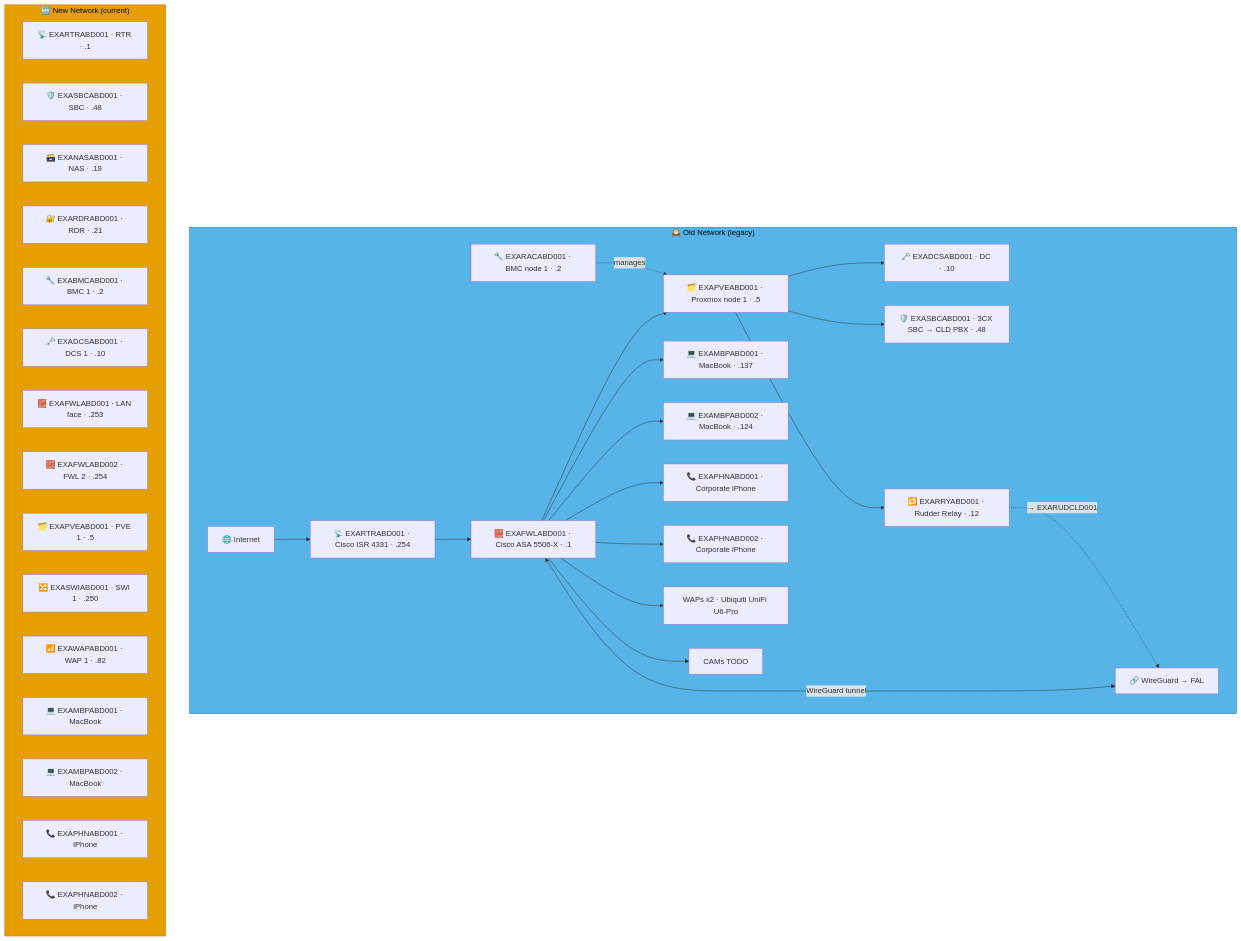
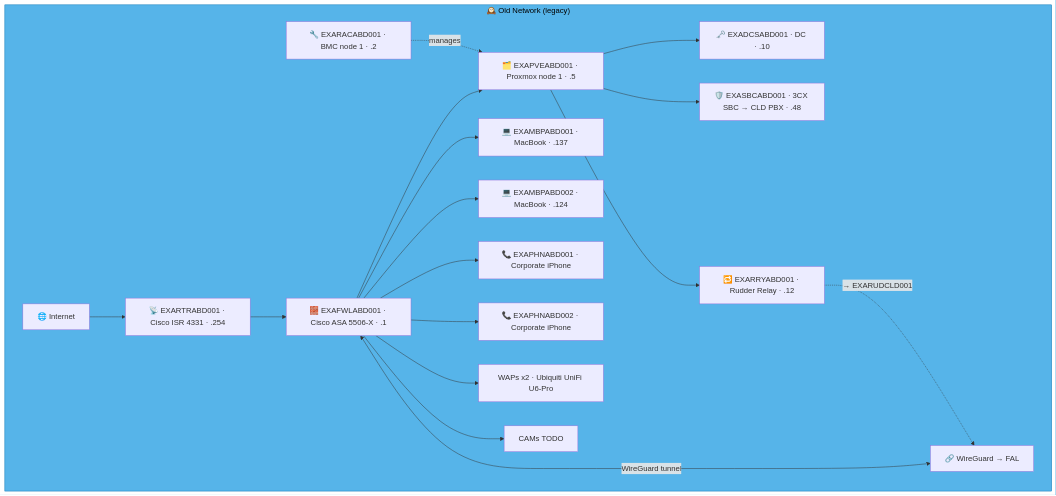
Diagram 13 of 14 in docs/network-diagram/scotland.md (knightmare2600/example_music_infra), drawn with Mermaid before and after one commit. The commit also changed other lines of this file and 35 other files, not shown here.

````diff
--- a/docs/network-diagram/scotland.md
+++ b/docs/network-diagram/scotland.md
@@ -483,50 +588,30 @@
 ```mermaid
 graph TD
     subgraph OLD_ABD ["🕰️ Old Network (legacy)"]
       INET["🌐 Internet"]
       FWL["🧱 EXAFWLABD001 · Cisco ASA 5506-X · .1"]
       RTR["📡 EXARTRABD001 · Cisco ISR 4331 · .254"]
       RAC["🔧 EXARACABD001 · BMC node 1 · .2"]
       PVE["🗂️ EXAPVEABD001 · Proxmox node 1 · .5"]
       DC["🗝️ EXADCSABD001 · DC · .10"]
       SBC["🛡️ EXASBCABD001 · 3CX SBC → CLD PBX · .48"]
       RRY["🔁 EXARRYABD001 · Rudder Relay · .12"]
       MBP1["💻 EXAMBPABD001 · MacBook · .137"]
       MBP2["💻 EXAMBPABD002 · MacBook · .124"]
       PHN1["📞 EXAPHNABD001 · Corporate iPhone"]
       PHN2["📞 EXAPHNABD002 · Corporate iPhone"]
       WAP["WAPs x2 · Ubiquiti UniFi U6-Pro"]
       CAM["CAMs TODO"]
       VPN["🔗 WireGuard → FAL"]
 
       INET --> RTR --> FWL --> PVE
       PVE --> DC & SBC
       RAC -.->|"manages"| PVE
       FWL --> MBP1 & MBP2 & PHN1 & PHN2 & WAP & CAM
       FWL <-->|"WireGuard tunnel"| VPN
 
       PVE --> RRY
       RRY -. "→ EXARUDCLD001" .-> VPN
     end
     style OLD_ABD fill:#56B4E9,stroke:#0072B2,color:#000000
-    %% GENERATED:NEW-NETWORK:ABD:START
-    subgraph NEW_ABD ["🆕 New Network (current)"]
-      N_RTR["📡 EXARTRABD001 · RTR · .1"]
-      N_SBC["🛡️ EXASBCABD001 · SBC · .48"]
-      N_NAS["🗃️ EXANASABD001 · NAS · .19"]
-      N_RDR["🔐 EXARDRABD001 · RDR · .21"]
-      N_BMC["🔧 EXABMCABD001 · BMC 1 · .2"]
-      N_DCS["🗝️ EXADCSABD001 · DCS 1 · .10"]
-      N_FWL["🧱 EXAFWLABD001 · LAN face · .253"]
-      N_FWL2["🧱 EXAFWLABD002 · FWL 2 · .254"]
-      N_PVE["🗂️ EXAPVEABD001 · PVE 1 · .5"]
-      N_SWI["🔀 EXASWIABD001 · SWI 1 · .250"]
-      N_WAP["📶 EXAWAPABD001 · WAP 1 · .82"]
-      N_MBP["💻 EXAMBPABD001 · MacBook"]
-      N_MBP2["💻 EXAMBPABD002 · MacBook"]
-      N_PHN["📞 EXAPHNABD001 · iPhone"]
-      N_PHN2["📞 EXAPHNABD002 · iPhone"]
-    end
-    style NEW_ABD fill:#E69F00,stroke:#D55E00,color:#000000
-    %% GENERATED:NEW-NETWORK:ABD:END
 ```
````
